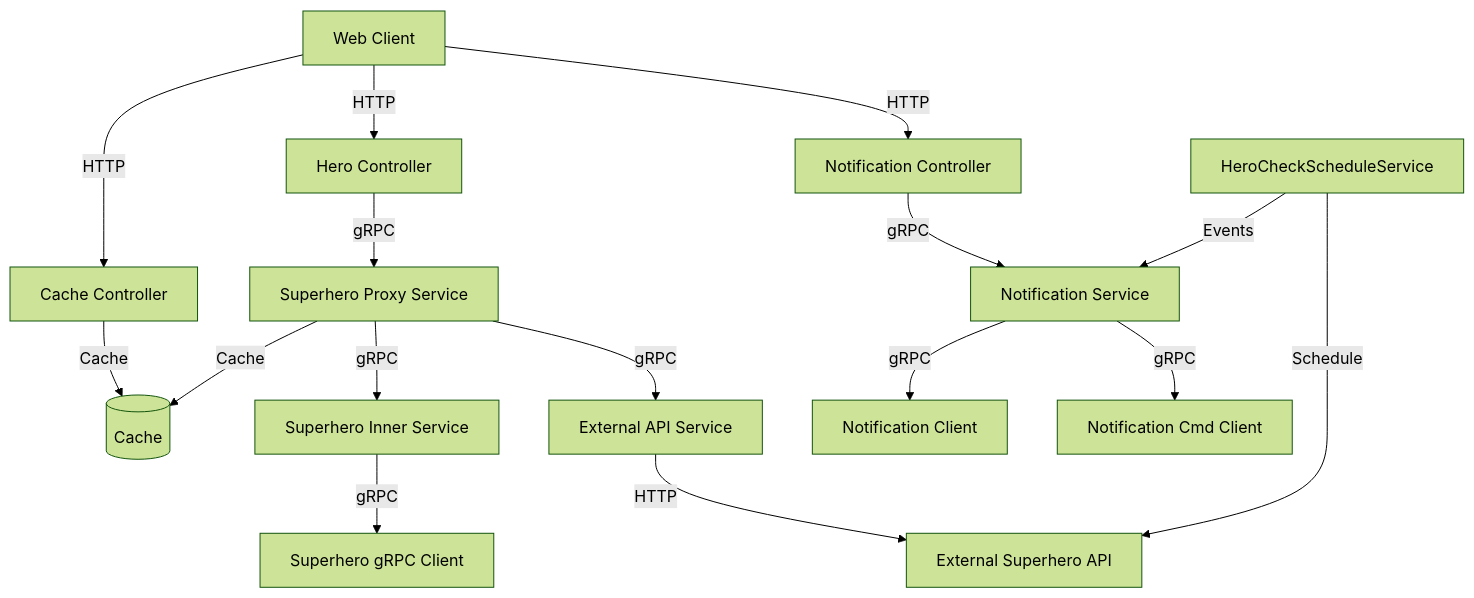
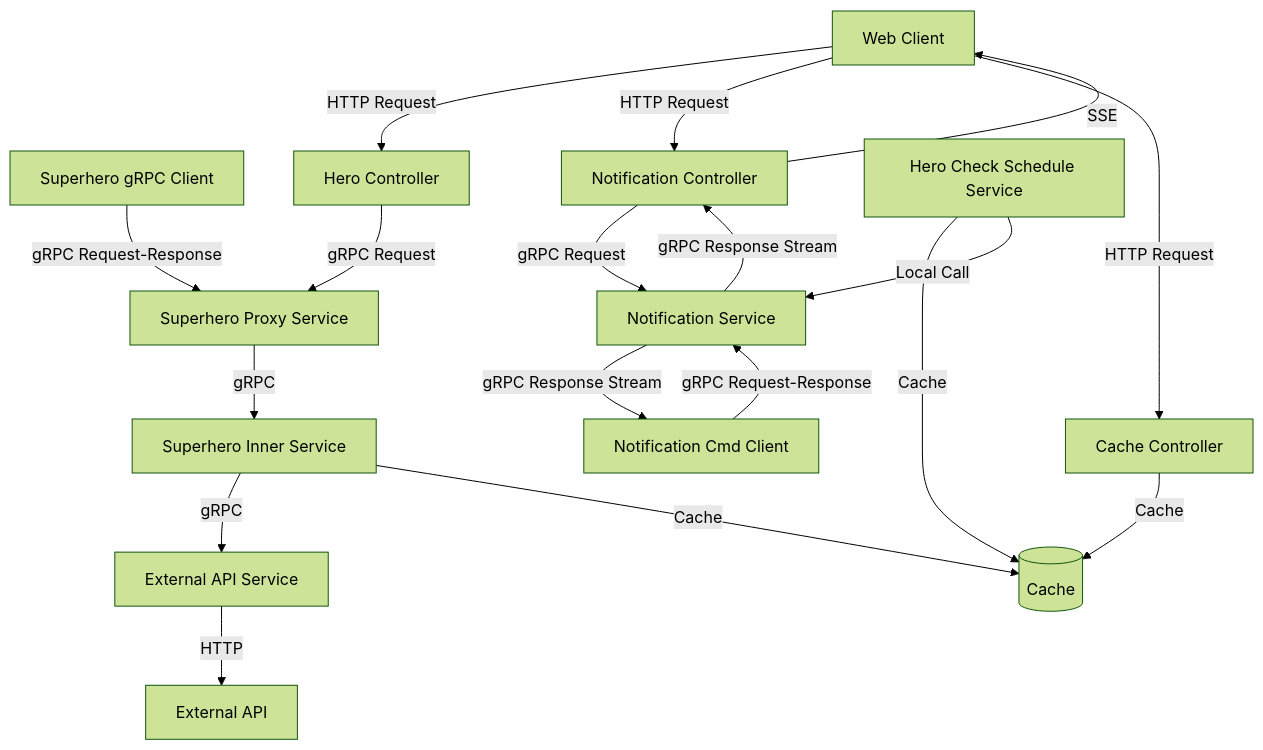
Before and after one commit to jackiedlh/SuperHeroV3: the first of 4 diagrams in docs/architecture.md, drawn with Mermaid (forest theme). The commit also changed other lines of this file, not shown here.

Commit message:
update architecture diagram

````diff
--- a/docs/architecture.md
+++ b/docs/architecture.md
@@ -5,27 +5,47 @@
 ```mermaid
-graph TD
-    %% Web Layer
-    Web[Web Client] --> |HTTP| HeroController[Hero Controller]
-    Web --> |HTTP| NotificationController[Notification Controller]
-    Web --> |HTTP| CacheController[Cache Controller]
+graph TB
+    %% Client Layer at Top
+    Web[Web Client] & SuperheroGrpcClient[Superhero gRPC Client] & NotificationCmdClient[Notification Cmd Client]
     
     %% Controller Layer
-    HeroController --> |gRPC| SuperheroProxyService[Superhero Proxy Service]
-    NotificationController --> |gRPC| NotificationService[Notification Service]
-    CacheController --> |Cache| Cache[(Cache)]
+    HeroController[Hero Controller] & NotificationController[Notification Controller] & CacheController[Cache Controller]
     
     %% Service Layer
-    SuperheroProxyService --> |gRPC| SuperheroInnerService[Superhero Inner Service]
-    SuperheroProxyService --> |gRPC| ExternalApiService[External API Service]
-    SuperheroProxyService --> |Cache| Cache
+    SuperheroProxyService[Superhero Proxy Service]
+    NotificationService[Notification Service] & HeroCheckScheduleService[Hero Check Schedule Service]
+    SuperheroInnerService[Superhero Inner Service]
     
-    %% Client Layer
-    SuperheroInnerService --> |gRPC| SuperheroGrpcClient[Superhero gRPC Client]
-    NotificationService --> |gRPC| NotificationClient[Notification Client]
-    NotificationService --> |gRPC| NotificationCmdClient[Notification Cmd Client]
+    %% External Systems at Bottom
+    ExternalApiService[External API Service]
+    Cache[(Cache)]
+    ExternalAPI[External API]
+
+    %% Connections - Client to Controller
+    Web -- HTTP Request --> HeroController
+    Web -- HTTP Request --> NotificationController
+    Web -- HTTP Request --> CacheController
+    NotificationController -- SSE --> Web
+
+    %% Connections - gRPC Client to Service
+    SuperheroGrpcClient -- gRPC Request-Response --> SuperheroProxyService
+    NotificationCmdClient -- gRPC Request-Response --> NotificationService
+    NotificationService -- gRPC Response Stream --> NotificationCmdClient
+
+    %% Connections - Controller to Service
+    HeroController -- gRPC Request --> SuperheroProxyService
+    NotificationController -- gRPC Request --> NotificationService
+    NotificationService -- gRPC Response Stream --> NotificationController
     
-    %% External Systems
-    ExternalApiService --> |HTTP| ExternalAPI[External Superhero API]
-    HeroCheckScheduleService --> |Schedule| ExternalAPI
-    HeroCheckScheduleService --> |Events| NotificationService
+    %% Service Layer Connections
+    SuperheroProxyService -- gRPC --> SuperheroInnerService
+    SuperheroInnerService -- gRPC --> ExternalApiService
+    
+    %% Cache Connections
+    CacheController -- Cache --> Cache
+    SuperheroInnerService -- Cache --> Cache
+    HeroCheckScheduleService -- Cache --> Cache
+    
+    %% External Systems Connections
+    ExternalApiService -- HTTP --> ExternalAPI
+    HeroCheckScheduleService -- Local Call --> NotificationService
 ```
````
